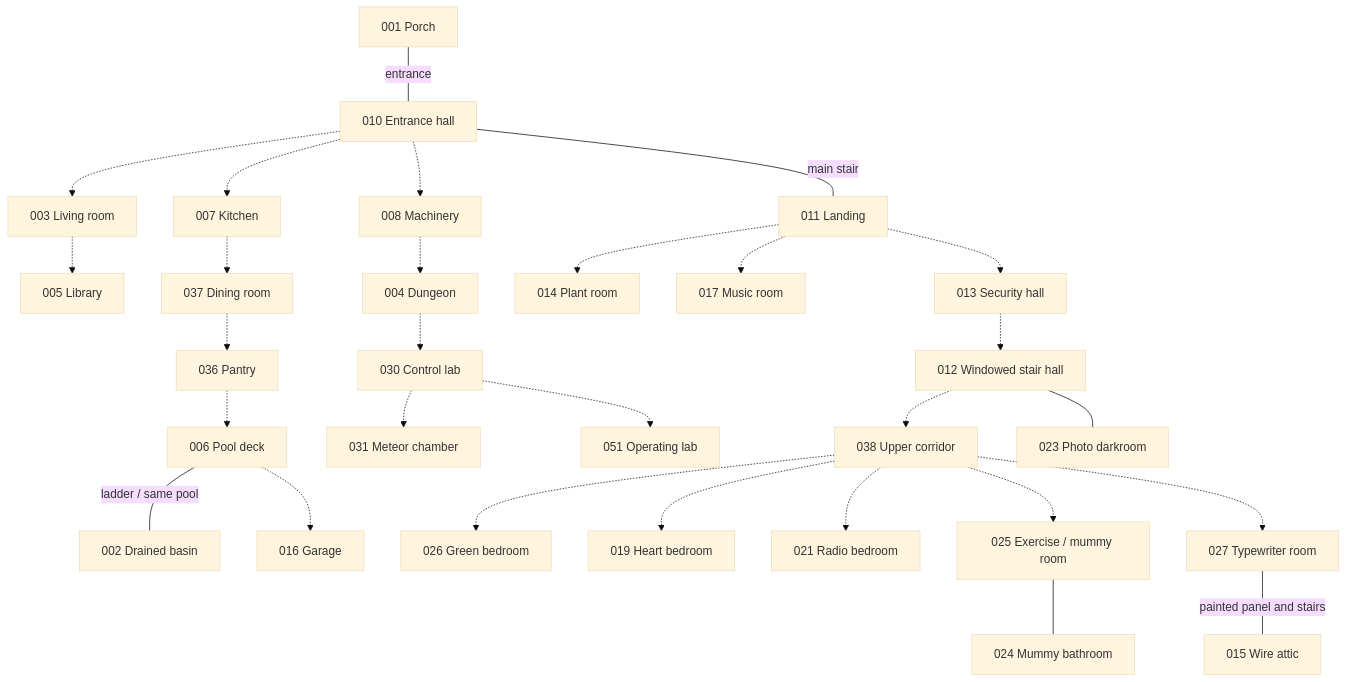
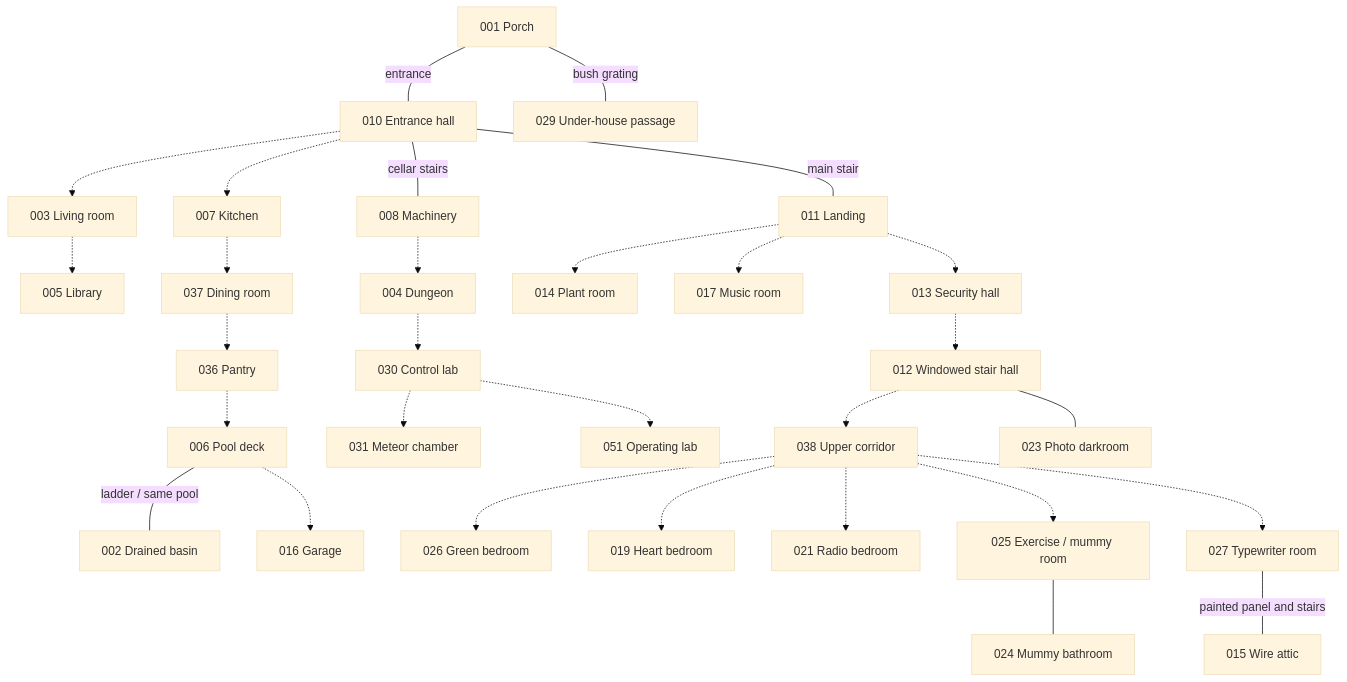
Before and after one commit to s-macke/maniac-mansion-3d: the diagram in docs/connection_map.md, drawn with Mermaid (base theme). The commit also changed other lines of this file and 37 other files, not shown here.

Commit message:
Add cellar entrances and seamless under-house crawl

````diff
--- a/docs/connection_map.md
+++ b/docs/connection_map.md
@@ -42,31 +42,32 @@
 ```mermaid
 flowchart TD
     R001["001 Porch"] ---|entrance| R010["010 Entrance hall"]
     R010 ---|main stair| R011["011 Landing"]
     R010 -.-> R003["003 Living room"]
     R003 -.-> R005["005 Library"]
     R010 -.-> R007["007 Kitchen"]
     R007 -.-> R037["037 Dining room"]
     R037 -.-> R036["036 Pantry"]
     R036 -.-> R006["006 Pool deck"]
     R006 ---|ladder / same pool| R002["002 Drained basin"]
     R006 -.-> R016["016 Garage"]
-    R010 -.-> R008["008 Machinery"]
+    R010 ---|cellar stairs| R008["008 Machinery"]
+    R001 ---|bush grating| R029["029 Under-house passage"]
     R008 -.-> R004["004 Dungeon"]
     R004 -.-> R030["030 Control lab"]
     R030 -.-> R031["031 Meteor chamber"]
     R030 -.-> R051["051 Operating lab"]
     R011 -.-> R014["014 Plant room"]
     R011 -.-> R017["017 Music room"]
     R011 -.-> R013["013 Security hall"]
     R013 -.-> R012["012 Windowed stair hall"]
     R012 -.-> R038["038 Upper corridor"]
     R012 --- R023["023 Photo darkroom"]
     R038 -.-> R026["026 Green bedroom"]
     R038 -.-> R019["019 Heart bedroom"]
     R038 -.-> R021["021 Radio bedroom"]
     R038 -.-> R025["025 Exercise / mummy room"]
     R025 --- R024["024 Mummy bathroom"]
     R038 -.-> R027["027 Typewriter room"]
     R027 ---|painted panel and stairs| R015["015 Wire attic"]
 ```
````
